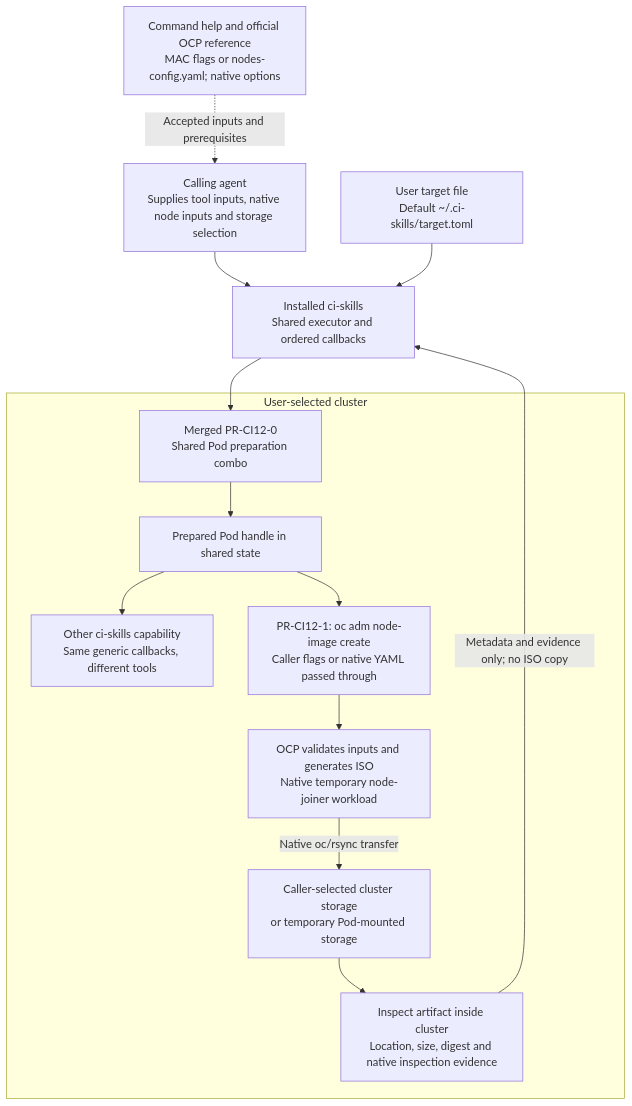
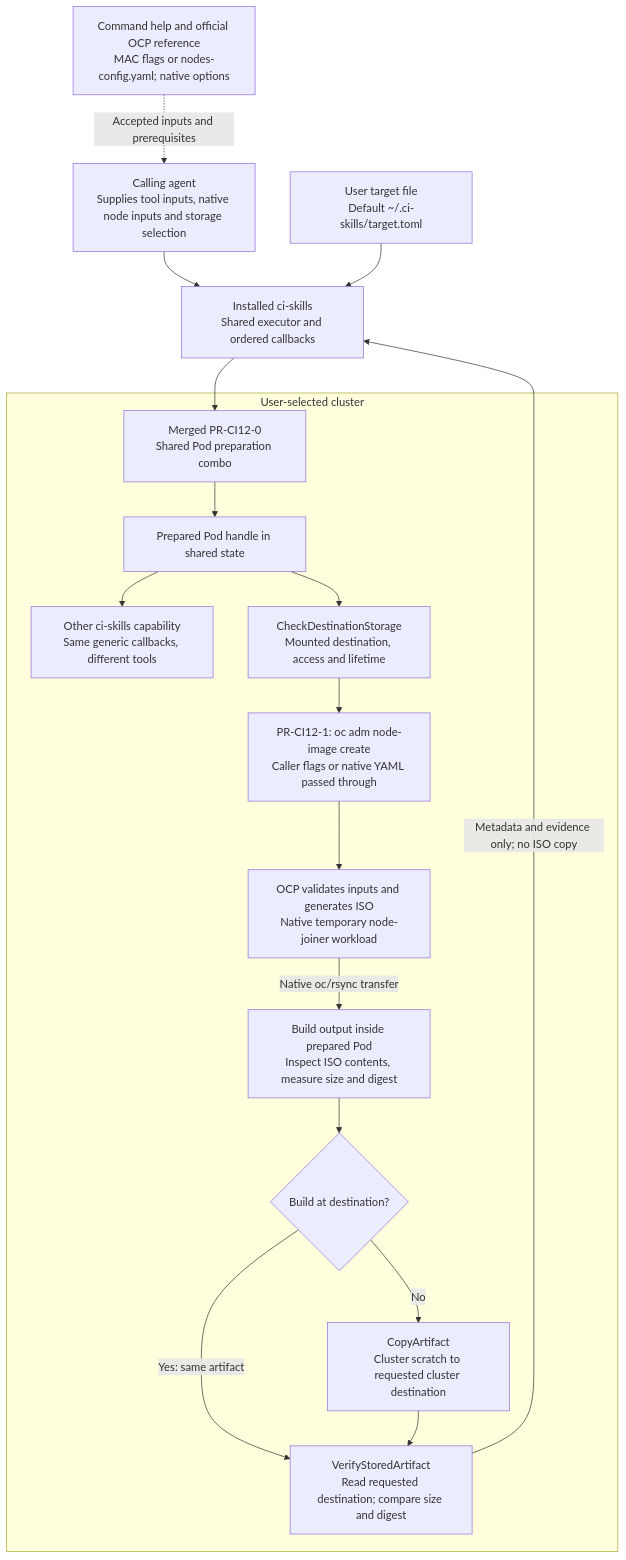
The second of 3 diagrams in docs/phases/CI12-NODE-ONBOARDING.md (spyroot/ci-skills), drawn with Mermaid before and after one commit. The commit also changed other lines of this file and 6 other files, not shown here.

Commit message:
Specify cluster ISO destination proof and align delivery docs

````diff
--- a/docs/phases/CI12-NODE-ONBOARDING.md
+++ b/docs/phases/CI12-NODE-ONBOARDING.md
@@ -293,24 +295,29 @@
 ```mermaid
 flowchart TD
     Caller["Calling agent<br/>Supplies tool inputs, native node inputs and storage selection"]
     Target["User target file<br/>Default ~/.ci-skills/target.toml"]
     Skill["Installed ci-skills<br/>Shared executor and ordered callbacks"]
     Ref["Command help and official OCP reference<br/>MAC flags or nodes-config.yaml; native options"]
     subgraph Cluster["User-selected cluster"]
         Prepare["Merged PR-CI12-0<br/>Shared Pod preparation combo"]
         Ready["Prepared Pod handle in shared state"]
         Other["Other ci-skills capability<br/>Same generic callbacks, different tools"]
         OCP["PR-CI12-1: oc adm node-image create<br/>Caller flags or native YAML passed through"]
         Native["OCP validates inputs and generates ISO<br/>Native temporary node-joiner workload"]
-        Storage["Caller-selected cluster storage<br/>or temporary Pod-mounted storage"]
-        Inspect["Inspect artifact inside cluster<br/>Location, size, digest and native inspection evidence"]
+        Check["CheckDestinationStorage<br/>Mounted destination, access and lifetime"]
+        Output["Build output inside prepared Pod<br/>Inspect ISO contents, measure size and digest"]
+        Direct{"Build at destination?"}
+        Copy["CopyArtifact<br/>Cluster scratch to requested cluster destination"]
+        Inspect["VerifyStoredArtifact<br/>Read requested destination; compare size and digest"]
         Ready --> Other
-        Prepare --> Ready --> OCP --> Native
-        Native -- "Native oc/rsync transfer" --> Storage --> Inspect
+        Prepare --> Ready --> Check --> OCP --> Native
+        Native -- "Native oc/rsync transfer" --> Output --> Direct
+        Direct -- "Yes: same artifact" --> Inspect
+        Direct -- "No" --> Copy --> Inspect
     end
     Caller --> Skill
     Ref -. "Accepted inputs and prerequisites" .-> Caller
     Target --> Skill
     Skill --> Prepare
     Inspect -- "Metadata and evidence only; no ISO copy" --> Skill
 ```
````
